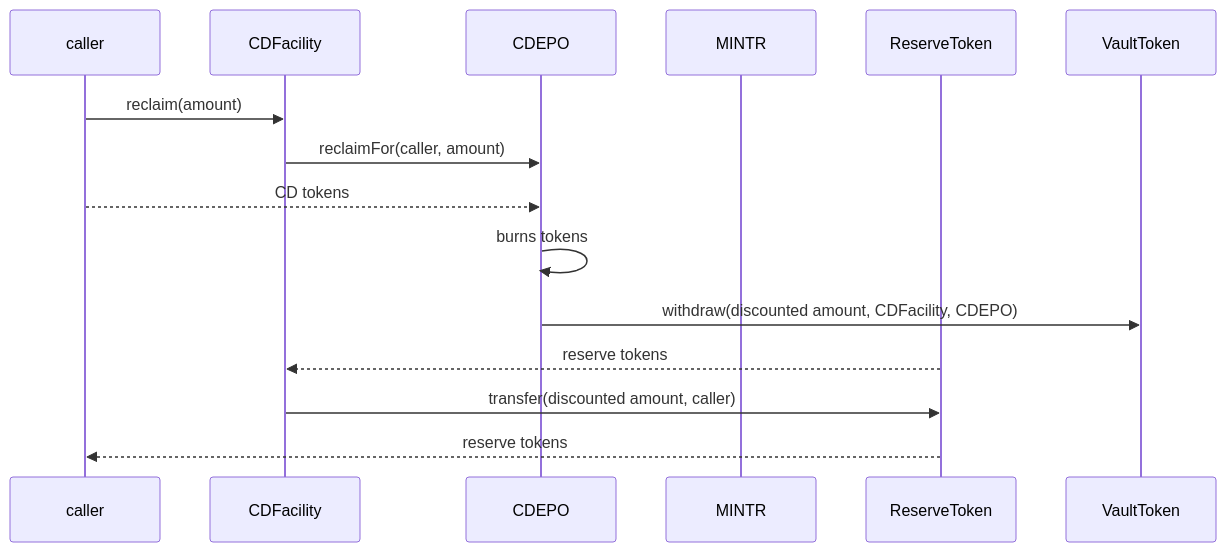
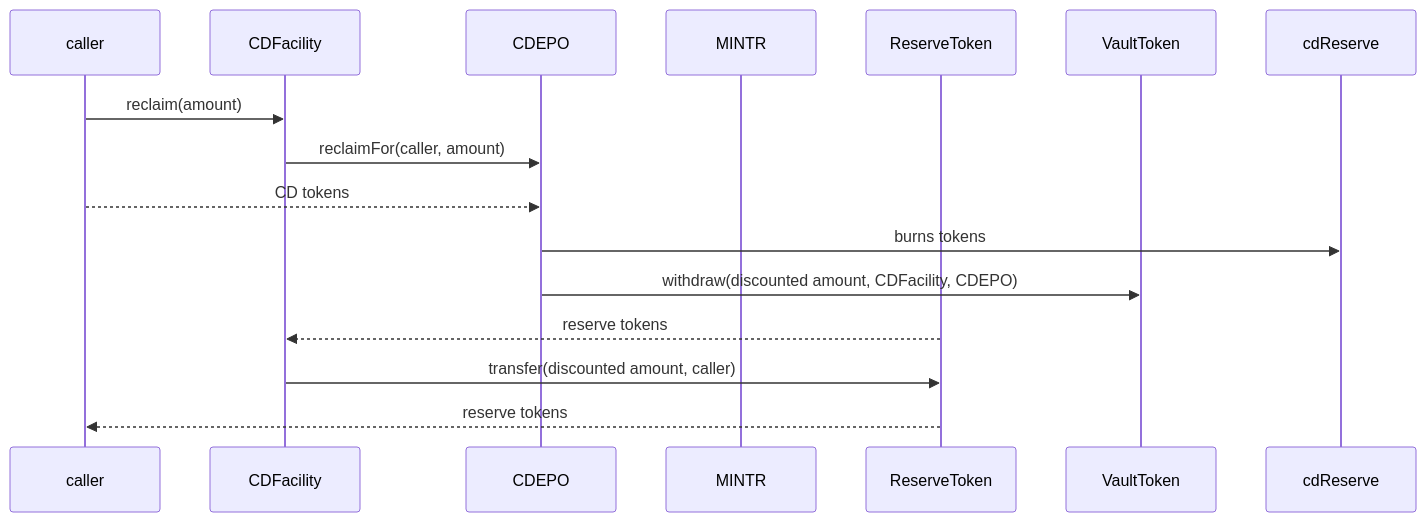
The fifth of 6 diagrams in audit/2025-01_convertible-deposits/README.md (OlympusDAO/olympus-v3), drawn with Mermaid before and after one commit. The commit also changed other lines of this file, not shown here.

````diff
--- a/audit/2025-01_convertible-deposits/README.md
+++ b/audit/2025-01_convertible-deposits/README.md
@@ -227,18 +230,19 @@
 ```mermaid
 sequenceDiagram
     participant caller
     participant CDFacility
     participant CDEPO
     participant MINTR
     participant ReserveToken
     participant VaultToken
+    participant cdReserve
 
     caller->>CDFacility: reclaim(amount)
     CDFacility->>CDEPO: reclaimFor(caller, amount)
     caller-->>CDEPO: CD tokens
-    CDEPO->>CDEPO: burns tokens
+    CDEPO->>cdReserve: burns tokens
     CDEPO->>VaultToken: withdraw(discounted amount, CDFacility, CDEPO)
     ReserveToken-->>CDFacility: reserve tokens
     CDFacility->>ReserveToken: transfer(discounted amount, caller)
     ReserveToken-->>caller: reserve tokens
 ```
````
